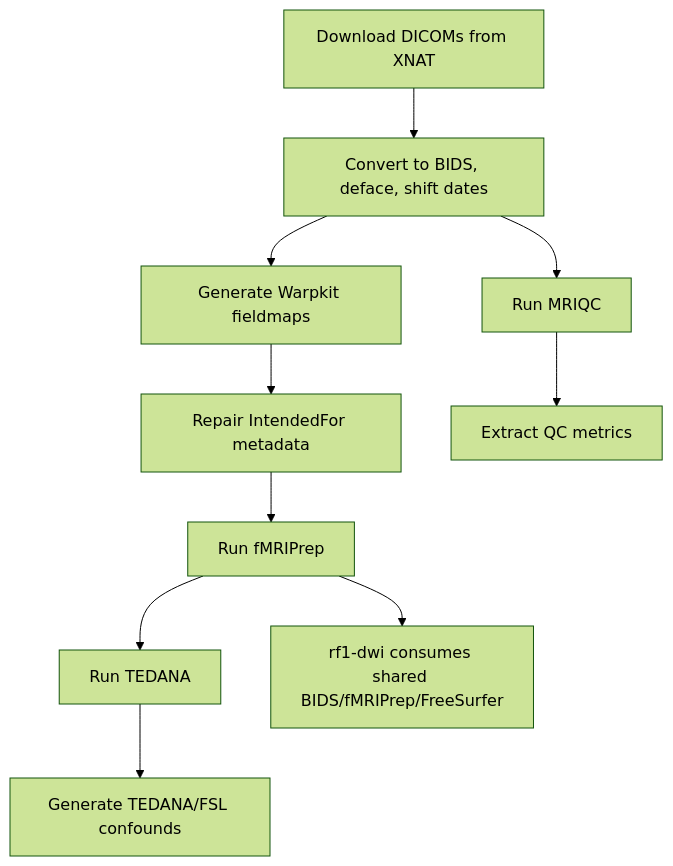
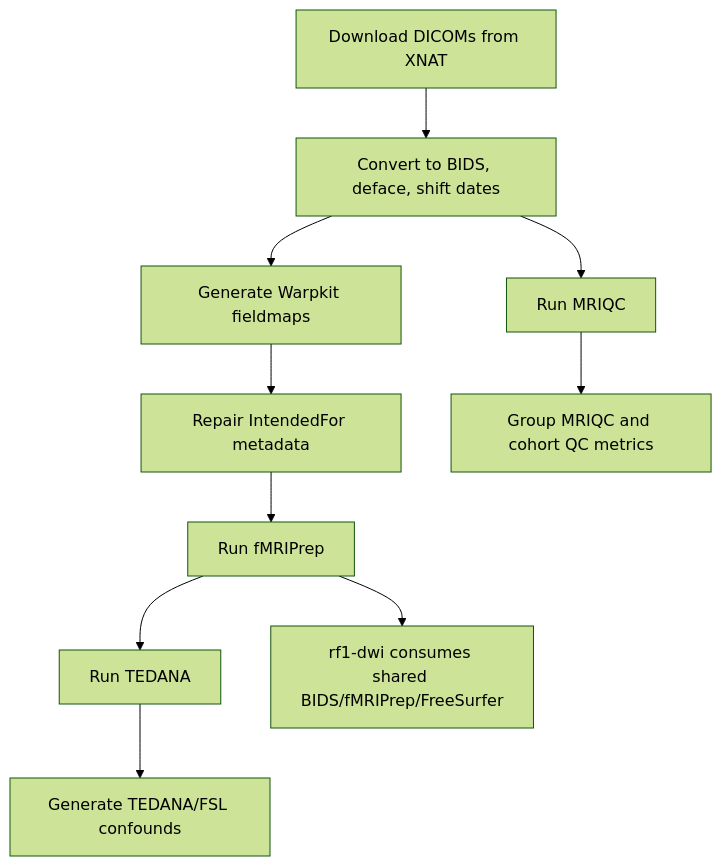
Before and after one commit to DVS-Lab/rf1-sra-linux2: the diagram in README.md, drawn with Mermaid (forest theme). The commit also changed other lines of this file and 3 other files, not shown here.

Commit message:
Move MRIQC metrics to cohort QC stage

````diff
--- a/README.md
+++ b/README.md
@@ -101,12 +102,12 @@
 ```mermaid
 flowchart TD
   A["Download DICOMs from XNAT"] --> B["Convert to BIDS, deface, shift dates"]
   B --> C["Generate Warpkit fieldmaps"]
   C --> D["Repair IntendedFor metadata"]
   D --> E["Run fMRIPrep"]
   E --> F["Run TEDANA"]
   F --> G["Generate TEDANA/FSL confounds"]
   B --> H["Run MRIQC"]
-  H --> I["Extract QC metrics"]
+  H --> I["Group MRIQC and cohort QC metrics"]
   E --> J["rf1-dwi consumes shared BIDS/fMRIPrep/FreeSurfer"]
 ```
````
